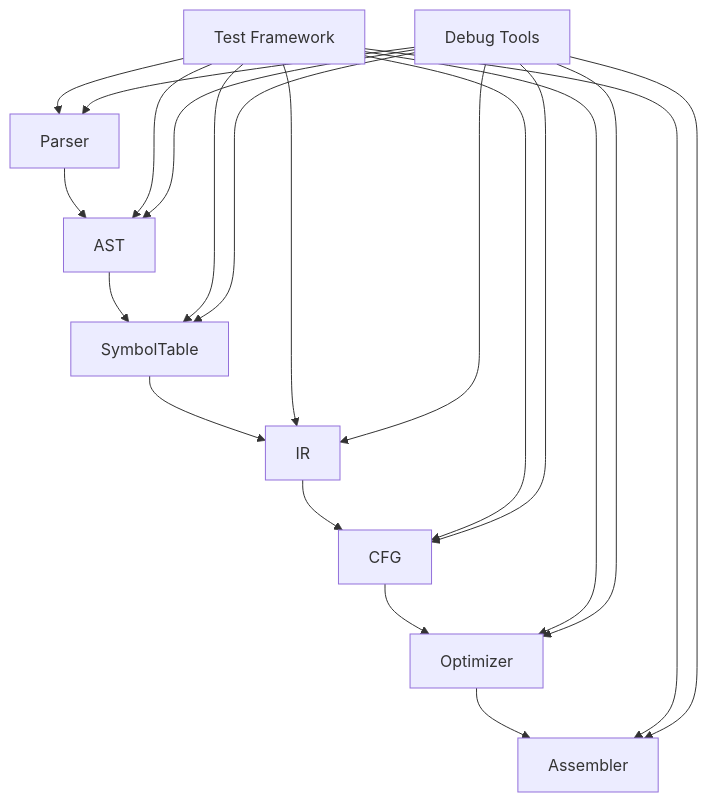
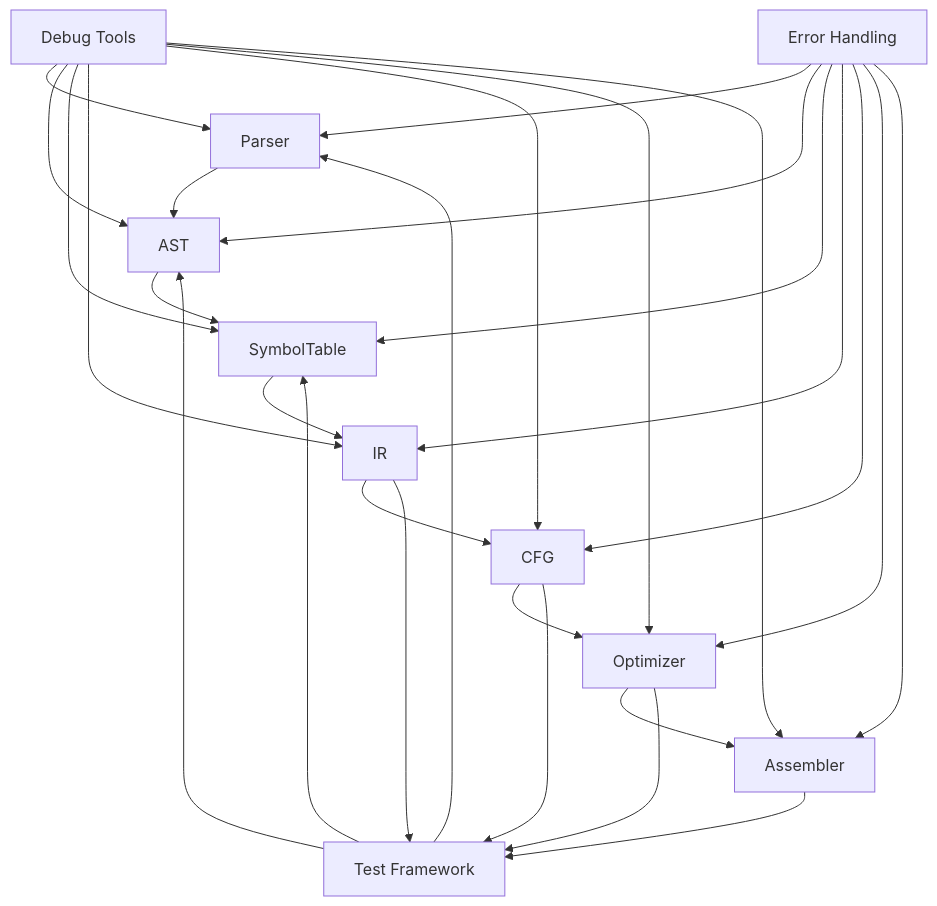
Before and after one commit to whtoo/How_to_implment_PL_in_Antlr4: the first of 13 diagrams in ep20/docs/module-interaction.md, drawn with Mermaid. The commit also changed other lines of this file and 11 other files, not shown here.

First line of the commit message:
docs(README): 更新项目文档和架构图

````diff
--- a/ep20/docs/module-interaction.md
+++ b/ep20/docs/module-interaction.md
@@ -5,25 +5,33 @@
 ```mermaid
 graph TD
     A[Parser] --> B[AST]
     B --> C[SymbolTable]
     C --> D[IR]
     D --> E[CFG]
     E --> F[Optimizer]
     F --> G[Assembler]
     
     H[Test Framework] --> A
     H --> B
     H --> C
-    H --> D
-    H --> E
-    H --> F
-    H --> G
+    D --> H
+    E --> H
+    F --> H
+    G --> H
     
     I[Debug Tools] --> A
     I --> B
     I --> C
     I --> D
     I --> E
     I --> F
     I --> G
+    
+    J[Error Handling] --> A
+    J --> B
+    J --> C
+    J --> D
+    J --> E
+    J --> F
+    J --> G
 ```
````
